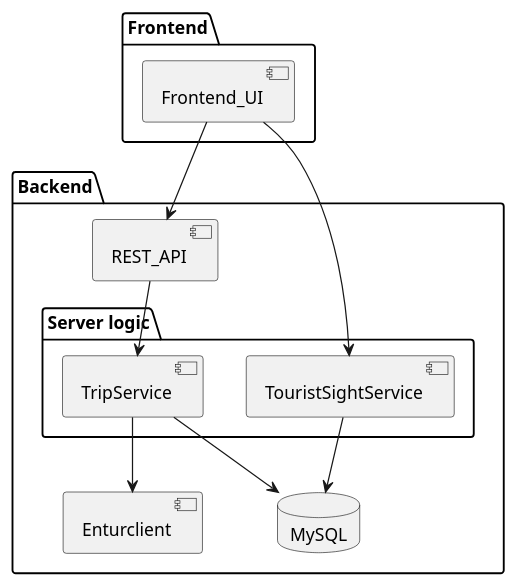
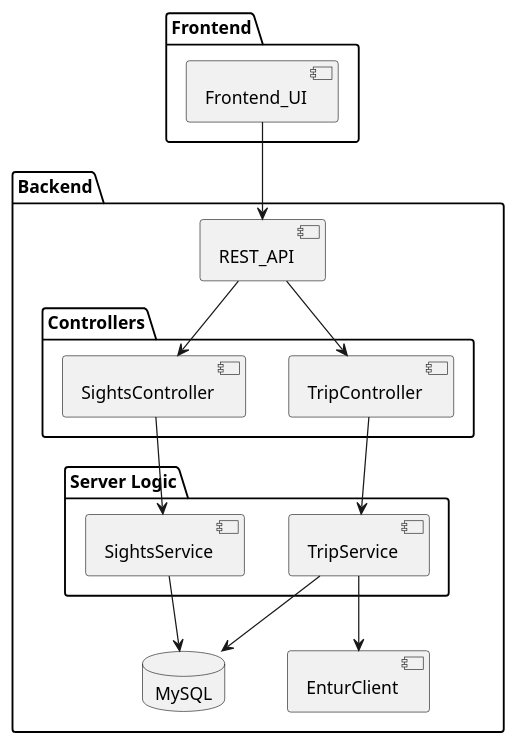
Before and after one commit to nafisaaay/SET-group-7: the diagram in backend/src/modellering/PublicTransportAppComponent.puml, drawn with PlantUML. The commit also changed 2 other files, not shown here.

Commit message:
fix: oppdatert klassediagrammene

```diff
--- a/backend/src/modellering/PublicTransportAppComponent.puml
+++ b/backend/src/modellering/PublicTransportAppComponent.puml
@@ -1,27 +1,39 @@
 @startuml
 'https://plantuml.com/component-diagram
-
 
 package "Frontend" {
     component Frontend_UI
 }
 
 package "Backend" {
+
     component REST_API
 
-    package "Server logic" {
+    package "Controllers" {
+        component TripController
+        component SightsController
+    }
+
+    package "Server Logic" {
         component TripService
-        component TouristSightService
+        component SightsService
     }
-    component Enturclient
 
+    component EnturClient
     database MySQL
 }
 
+' --- Relasjoner
 Frontend_UI --> REST_API
-REST_API --> TripService
-TripService --> Enturclient
-Frontend_UI --> TouristSightService
-TouristSightService --> MySQL
-TripService -> MySQL
+
+REST_API --> TripController
+REST_API --> SightsController
+
+TripController --> TripService
+TripService --> EnturClient
+TripService --> MySQL
+
+SightsController --> SightsService
+SightsService --> MySQL
+
 @enduml
```
